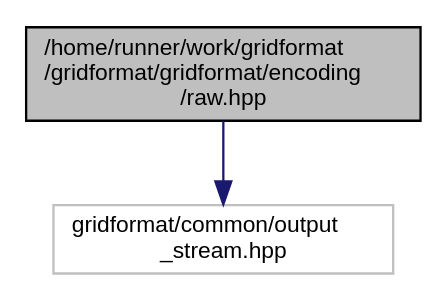
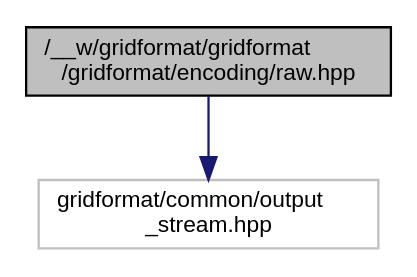
Before and after one commit to dglaeser/gridformat: the diagram in raw_8hpp__incl.dot, drawn with Graphviz. The commit also changed 329 other files, not shown here.

```diff
--- a/raw_8hpp__incl.dot
+++ b/raw_8hpp__incl.dot
@@ -1,9 +1,9 @@
-digraph "/home/runner/work/gridformat/gridformat/gridformat/encoding/raw.hpp"
+digraph "/__w/gridformat/gridformat/gridformat/encoding/raw.hpp"
 {
  // LATEX_PDF_SIZE
   edge [fontname="Helvetica",fontsize="10",labelfontname="Helvetica",labelfontsize="10"];
   node [fontname="Helvetica",fontsize="10",shape=record];
-  Node1 [label="/home/runner/work/gridformat\l/gridformat/gridformat/encoding\l/raw.hpp",height=0.2,width=0.4,color="black", fillcolor="grey75", style="filled", fontcolor="black",tooltip="Encoder and stream for raw binary output."];
+  Node1 [label="/__w/gridformat/gridformat\l/gridformat/encoding/raw.hpp",height=0.2,width=0.4,color="black", fillcolor="grey75", style="filled", fontcolor="black",tooltip="Encoder and stream for raw binary output."];
   Node1 -> Node2 [color="midnightblue",fontsize="10",style="solid",fontname="Helvetica"];
   Node2 [label="gridformat/common/output\l_stream.hpp",height=0.2,width=0.4,color="grey75", fillcolor="white", style="filled",tooltip=" "];
 }
```
